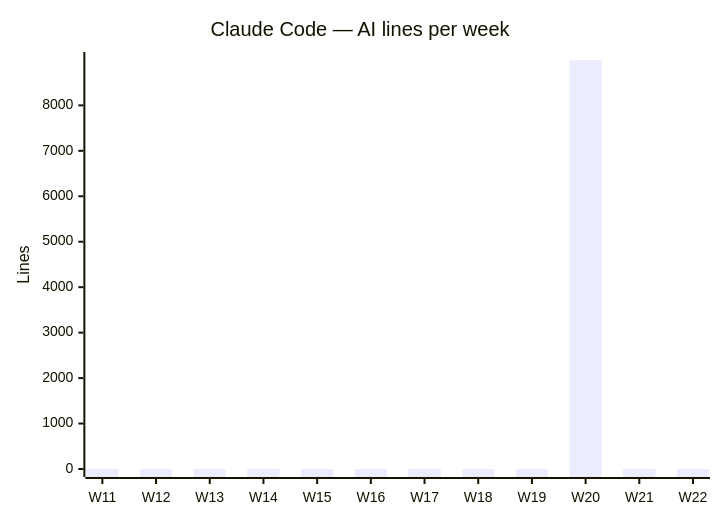
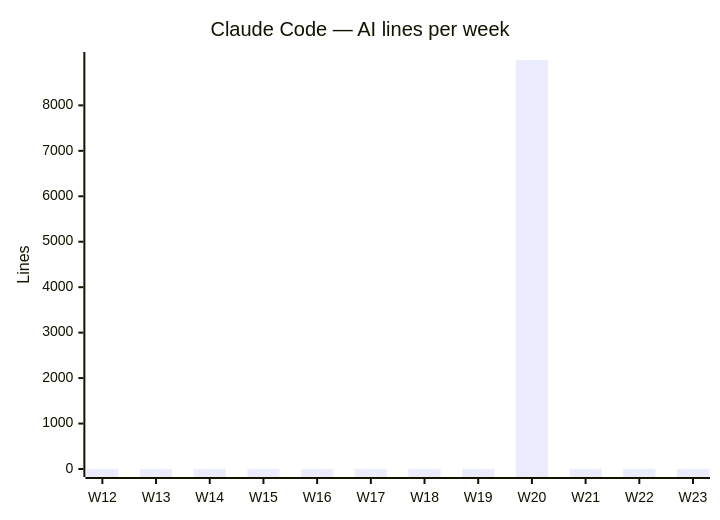
Before and after one commit to fromwaydowntown/ai-use: the second of 4 diagrams in docs/AI_USAGE.md, drawn with Mermaid. The commit also changed other lines of this file, not shown here.

````diff
--- a/docs/AI_USAGE.md
+++ b/docs/AI_USAGE.md
@@ -29,7 +29,7 @@
 ```mermaid
 xychart-beta
     title "Claude Code — AI lines per week"
-    x-axis ["W11", "W12", "W13", "W14", "W15", "W16", "W17", "W18", "W19", "W20", "W21", "W22"]
+    x-axis ["W12", "W13", "W14", "W15", "W16", "W17", "W18", "W19", "W20", "W21", "W22", "W23"]
     y-axis "Lines"
-    bar [0, 0, 0, 0, 0, 0, 0, 0, 0, 8998, 0, 0]
+    bar [0, 0, 0, 0, 0, 0, 0, 0, 8998, 0, 0, 0]
 ```
````
